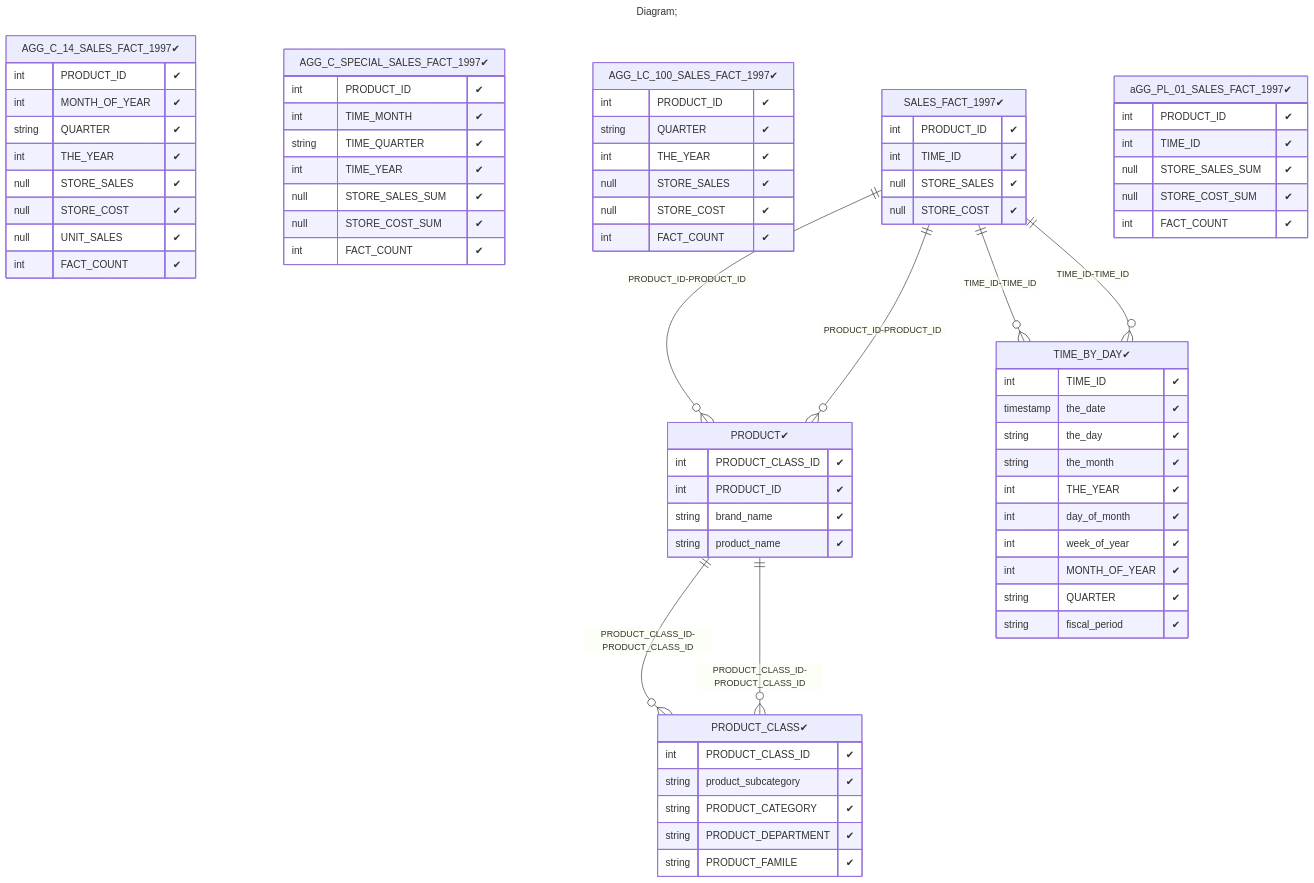
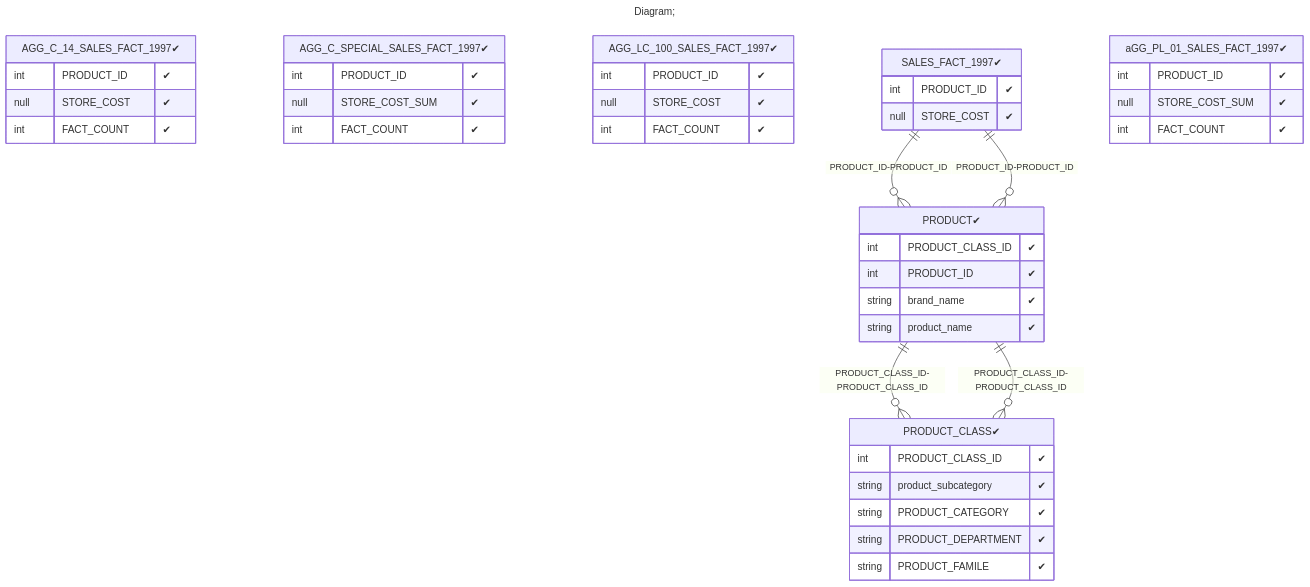
Before and after one commit to xmla-services/workground: the fourth of 4 diagrams in demo/server/catalogs/tutorial_28_Cube_with_Aggregate_tables/README.MD, drawn with Mermaid. The commit also changed other lines of this file and 10 other files, not shown here.

````diff
--- a/demo/server/catalogs/tutorial_28_Cube_with_Aggregate_tables/README.MD
+++ b/demo/server/catalogs/tutorial_28_Cube_with_Aggregate_tables/README.MD
@@ -189,78 +133,48 @@
 ```mermaid
 ---
 title: Diagram;
 ---
 erDiagram
 "AGG_C_14_SALES_FACT_1997✔"{
 int PRODUCT_ID "✔"
-int MONTH_OF_YEAR "✔"
-string QUARTER "✔"
-int THE_YEAR "✔"
-null STORE_SALES "✔"
 null STORE_COST "✔"
-null UNIT_SALES "✔"
 int FACT_COUNT "✔"
 }
 "AGG_C_SPECIAL_SALES_FACT_1997✔"{
 int PRODUCT_ID "✔"
-int TIME_MONTH "✔"
-string TIME_QUARTER "✔"
-int TIME_YEAR "✔"
-null STORE_SALES_SUM "✔"
 null STORE_COST_SUM "✔"
 int FACT_COUNT "✔"
 }
 "AGG_LC_100_SALES_FACT_1997✔"{
 int PRODUCT_ID "✔"
-string QUARTER "✔"
-int THE_YEAR "✔"
-null STORE_SALES "✔"
 null STORE_COST "✔"
 int FACT_COUNT "✔"
 }
 "PRODUCT✔"{
 int PRODUCT_CLASS_ID "✔"
 int PRODUCT_ID "✔"
 string brand_name "✔"
 string product_name "✔"
 }
 "PRODUCT_CLASS✔"{
 int PRODUCT_CLASS_ID "✔"
 string product_subcategory "✔"
 string PRODUCT_CATEGORY "✔"
 string PRODUCT_DEPARTMENT "✔"
 string PRODUCT_FAMILE "✔"
 }
 "SALES_FACT_1997✔"{
 int PRODUCT_ID "✔"
-int TIME_ID "✔"
-null STORE_SALES "✔"
 null STORE_COST "✔"
-}
-"TIME_BY_DAY✔"{
-int TIME_ID "✔"
-timestamp the_date "✔"
-string the_day "✔"
-string the_month "✔"
-int THE_YEAR "✔"
-int day_of_month "✔"
-int week_of_year "✔"
-int MONTH_OF_YEAR "✔"
-string QUARTER "✔"
-string fiscal_period "✔"
 }
 "aGG_PL_01_SALES_FACT_1997✔"{
 int PRODUCT_ID "✔"
-int TIME_ID "✔"
-null STORE_SALES_SUM "✔"
 null STORE_COST_SUM "✔"
 int FACT_COUNT "✔"
 }
 
 "SALES_FACT_1997✔" ||--o{ "PRODUCT✔" : "PRODUCT_ID-PRODUCT_ID"
 "PRODUCT✔" ||--o{ "PRODUCT_CLASS✔" : "PRODUCT_CLASS_ID-PRODUCT_CLASS_ID"
-"SALES_FACT_1997✔" ||--o{ "TIME_BY_DAY✔" : "TIME_ID-TIME_ID"
 "SALES_FACT_1997✔" ||--o{ "PRODUCT✔" : "PRODUCT_ID-PRODUCT_ID"
 "PRODUCT✔" ||--o{ "PRODUCT_CLASS✔" : "PRODUCT_CLASS_ID-PRODUCT_CLASS_ID"
-"SALES_FACT_1997✔" ||--o{ "TIME_BY_DAY✔" : "TIME_ID-TIME_ID"
 ```
````
